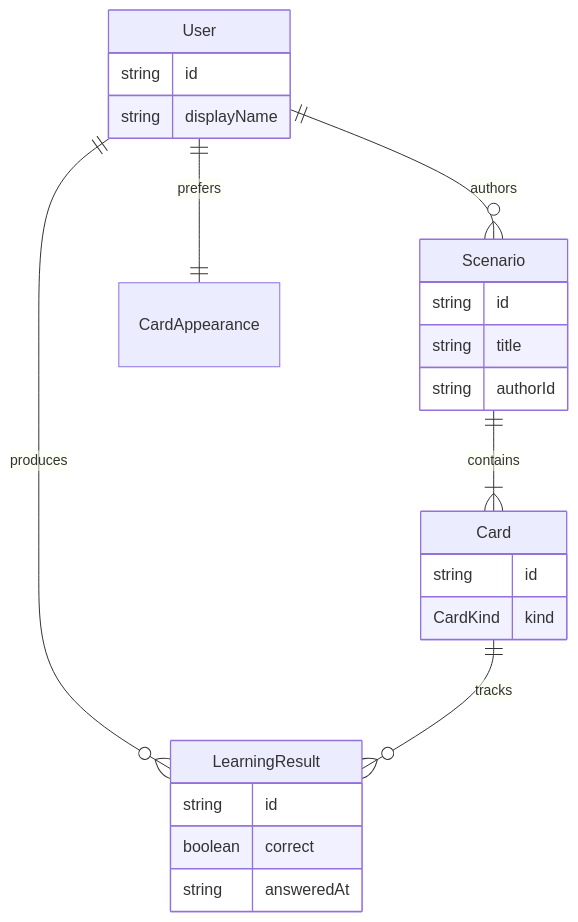
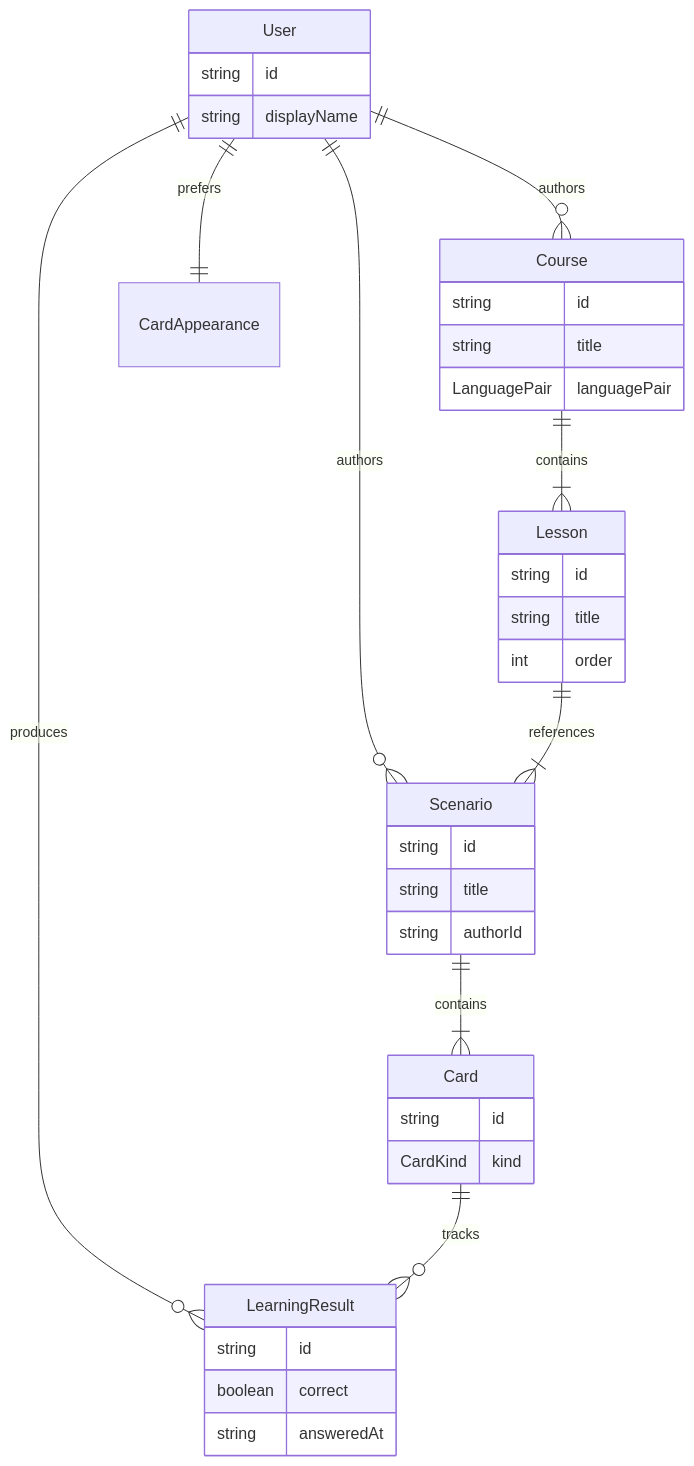
The diagram in docs/DOMAIN.md (void2ptr-sketch/LinguaCode), drawn with Mermaid before and after one commit. The commit also changed other lines of this file and 1 other file, not shown here.

First line of the commit message:
Document Lesson and Course hierarchy (G11) in domain and tasks.

````diff
--- a/docs/DOMAIN.md
+++ b/docs/DOMAIN.md
@@ -38,27 +70,40 @@
 ```mermaid
 erDiagram
     User ||--o{ Scenario : authors
+    User ||--o{ Course : authors
     User ||--o{ LearningResult : produces
     User ||--|| CardAppearance : prefers
+    Course ||--|{ Lesson : contains
+    Lesson ||--|{ Scenario : references
     Scenario ||--|{ Card : contains
     Card ||--o{ LearningResult : tracks
 
     User {
         string id
         string displayName
+    }
+    Course {
+        string id
+        string title
+        LanguagePair languagePair
+    }
+    Lesson {
+        string id
+        string title
+        int order
     }
     Scenario {
         string id
         string title
         string authorId
     }
     Card {
         string id
         CardKind kind
     }
     LearningResult {
         string id
         boolean correct
         string answeredAt
     }
 ```
````
